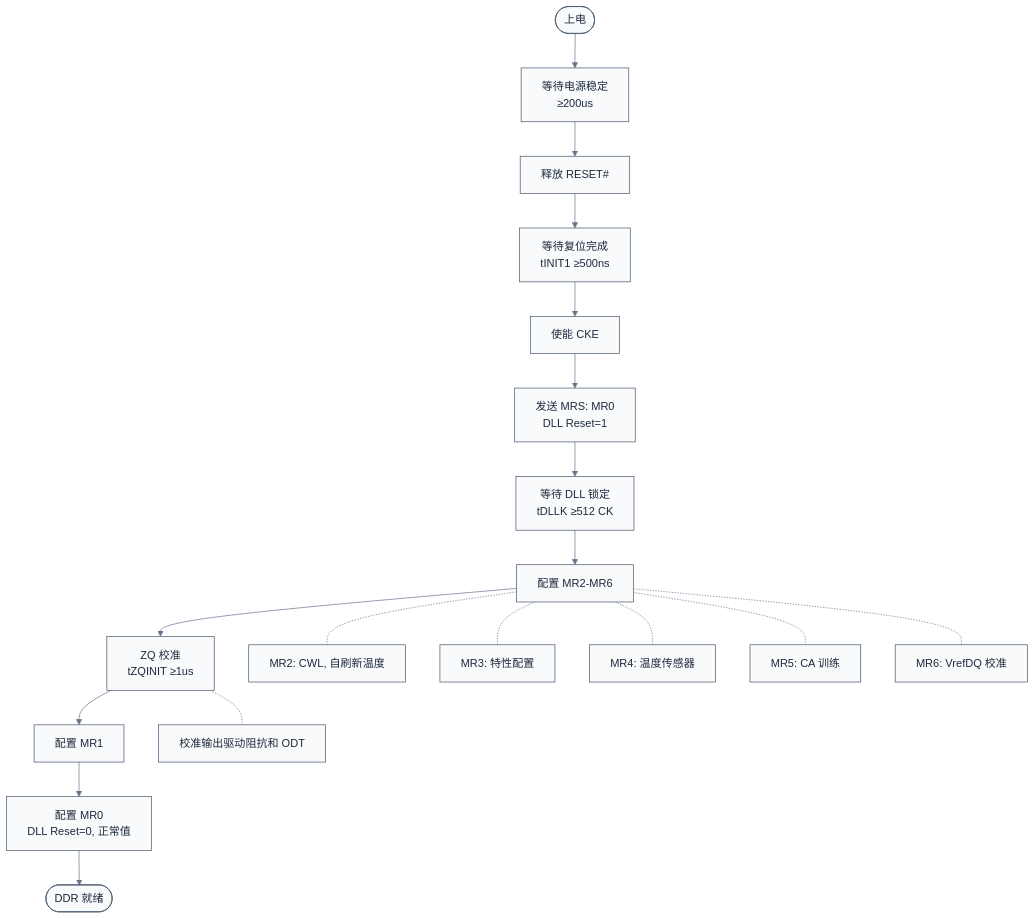
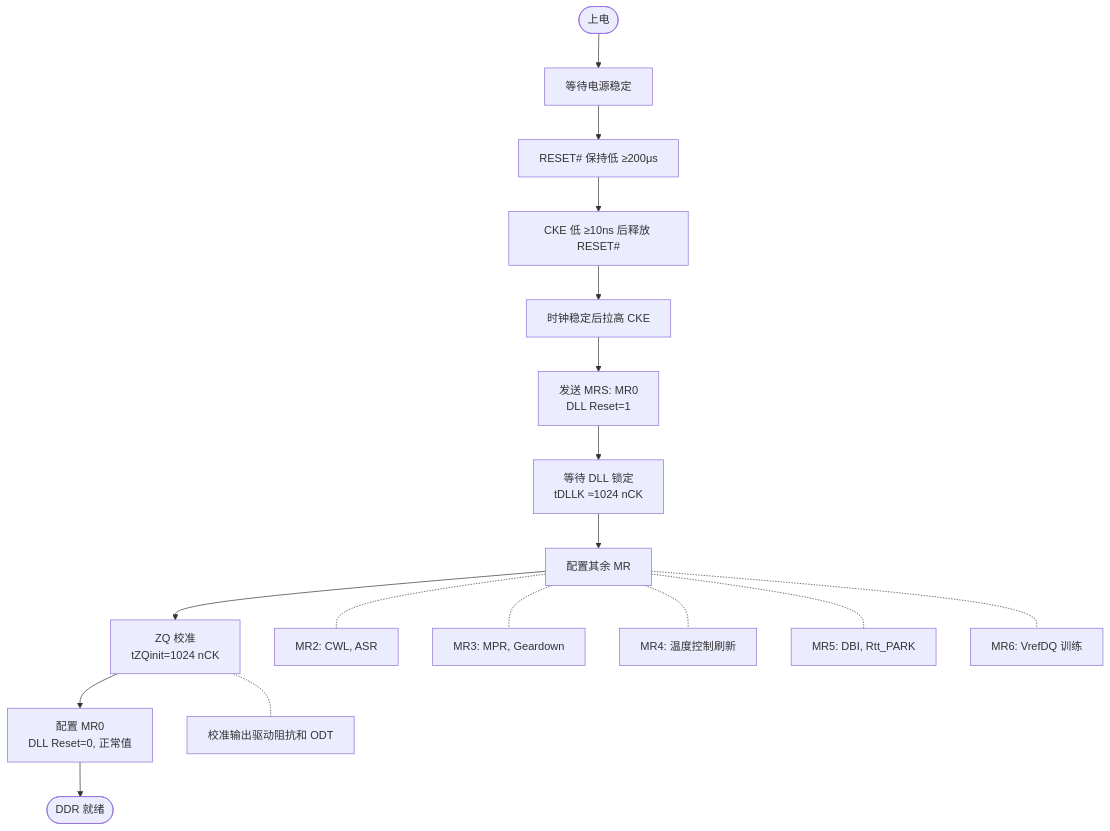
The second of 9 diagrams in ddr/03-DDR工作原理与时序参数.md (swjtuer326/cs-learning-notes), drawn with Mermaid before and after one commit. The commit also changed other lines of this file and 281 other files, not shown here.

````diff
--- a/ddr/03-DDR工作原理与时序参数.md
+++ b/ddr/03-DDR工作原理与时序参数.md
@@ -110,22 +101,20 @@
 ```mermaid
-%%{init: {"theme": "base", "themeVariables": {"primaryColor": "#f8fafc", "primaryTextColor": "#1e293b", "primaryBorderColor": "#475569", "lineColor": "#64748b", "secondaryColor": "#f1f5f9", "secondaryBorderColor": "#94a3b8", "tertiaryColor": "#f8fafc", "fontFamily": "\"trebuchet ms\", verdana, arial, sans-serif"}}}%%
 flowchart TD
-    A([上电]) --> B[等待电源稳定\n≥200us]
-    B --> C[释放 RESET#]
-    C --> D[等待复位完成\ntINIT1 ≥500ns]
-    D --> E[使能 CKE]
+    A([上电]) --> B[等待电源稳定]
+    B --> C[RESET# 保持低 ≥200μs]
+    C --> D[CKE 低 ≥10ns 后释放 RESET#]
+    D --> E[时钟稳定后拉高 CKE]
     E --> F[发送 MRS: MR0\nDLL Reset=1]
-    F --> G[等待 DLL 锁定\ntDLLK ≥512 CK]
-    G --> H[配置 MR2-MR6]
-    H --> I[ZQ 校准\ntZQINIT ≥1us]
-    I --> J[配置 MR1]
-    J --> K[配置 MR0\nDLL Reset=0, 正常值]
-    K --> L([DDR 就绪])
+    F --> G[等待 DLL 锁定\ntDLLK ≈1024 nCK]
+    G --> H[配置其余 MR]
+    H --> I[ZQ 校准\ntZQinit=1024 nCK]
+    I --> J[配置 MR0\nDLL Reset=0, 正常值]
+    J --> K([DDR 就绪])
 
-    H -.- H1["MR2: CWL, 自刷新温度"]
-    H -.- H2["MR3: 特性配置"]
-    H -.- H3["MR4: 温度传感器"]
-    H -.- H4["MR5: CA 训练"]
-    H -.- H5["MR6: VrefDQ 校准"]
+    H -.- H1["MR2: CWL, ASR"]
+    H -.- H2["MR3: MPR, Geardown"]
+    H -.- H3["MR4: 温度控制刷新"]
+    H -.- H4["MR5: DBI, Rtt_PARK"]
+    H -.- H5["MR6: VrefDQ 训练"]
     I -.- I1["校准输出驱动阻抗和 ODT"]
 ```
````
